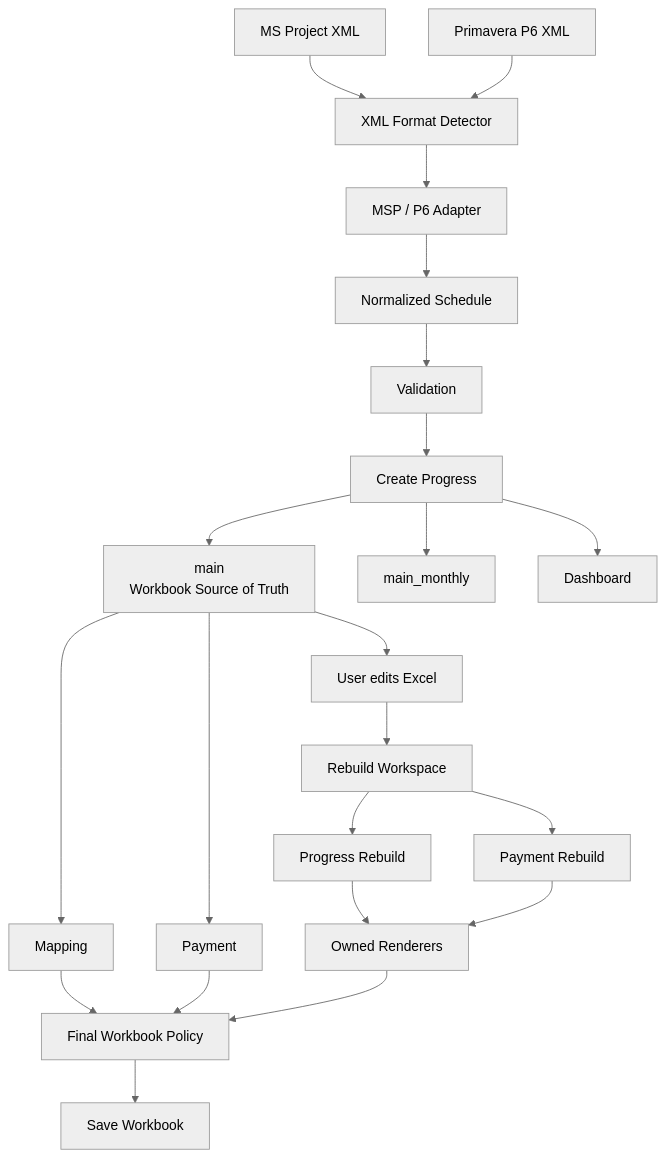
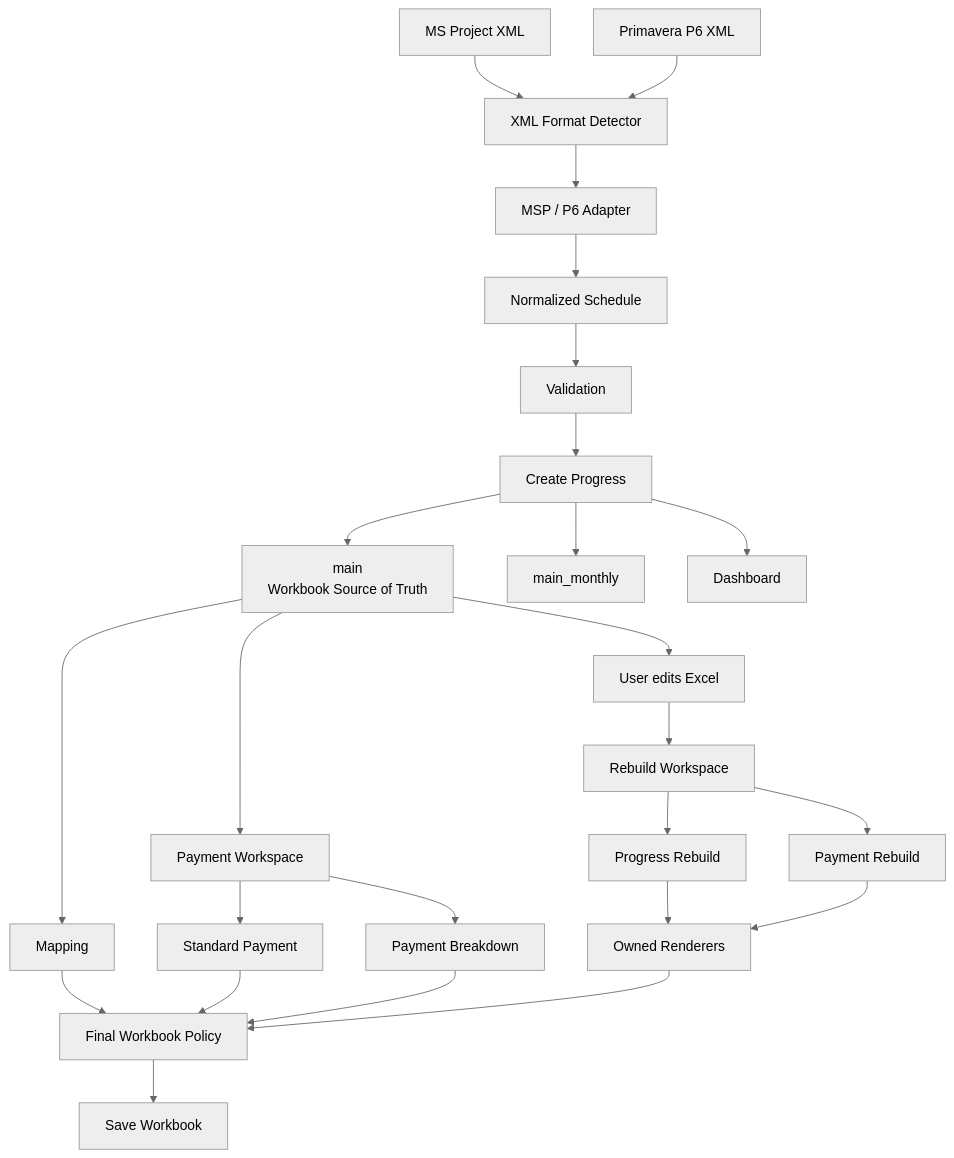
The diagram in ARCHITECTURE.md (Suzanoo/progress-studio), drawn with Mermaid (neutral theme) before and after one commit. The commit also changed other lines of this file and 4 other files, not shown here.

Commit message:
docs: document Payment Breakdown V1 contract

````diff
--- a/ARCHITECTURE.md
+++ b/ARCHITECTURE.md
@@ -7,30 +10,33 @@
-```mermaid
+``` mermaid
 flowchart TD
     MSP[MS Project XML] --> DETECT[XML Format Detector]
     P6[Primavera P6 XML] --> DETECT
 
     DETECT --> ADAPTER[MSP / P6 Adapter]
     ADAPTER --> NORMAL[Normalized Schedule]
     NORMAL --> VALIDATE[Validation]
     VALIDATE --> CREATE[Create Progress]
 
     CREATE --> MAIN[main\nWorkbook Source of Truth]
     CREATE --> MONTHLY[main_monthly]
     CREATE --> DASH[Dashboard]
+    MAIN --> MAP[Mapping]
+    MAIN --> PAYMENT[Payment Workspace]
+    MAIN --> EDIT[User edits Excel]
 
-    MAIN --> MAP[Mapping]
-    MAIN --> PAYMENT[Payment]
-    MAIN --> EDIT[User edits Excel]
+    PAYMENT --> STDPAY[Standard Payment]
+    PAYMENT --> PBD[Payment Breakdown]
 
     EDIT --> REBUILD[Rebuild Workspace]
     REBUILD --> RPROG[Progress Rebuild]
     REBUILD --> RPAY[Payment Rebuild]
 
     RPROG --> RENDER[Owned Renderers]
     RPAY --> RENDER
     MAP --> FINAL[Final Workbook Policy]
-    PAYMENT --> FINAL
+    STDPAY --> FINAL
+    PBD --> FINAL
     RENDER --> FINAL
 
     FINAL --> SAVE[Save Workbook]
 ```
````
